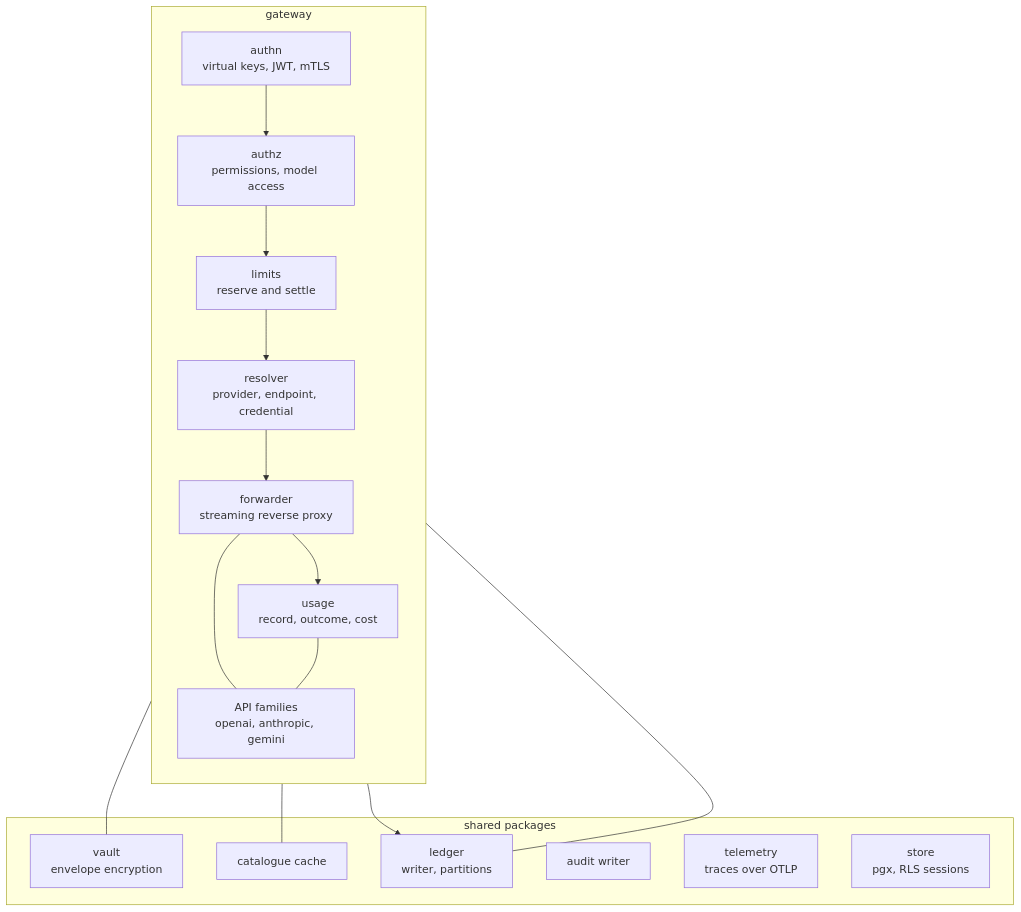
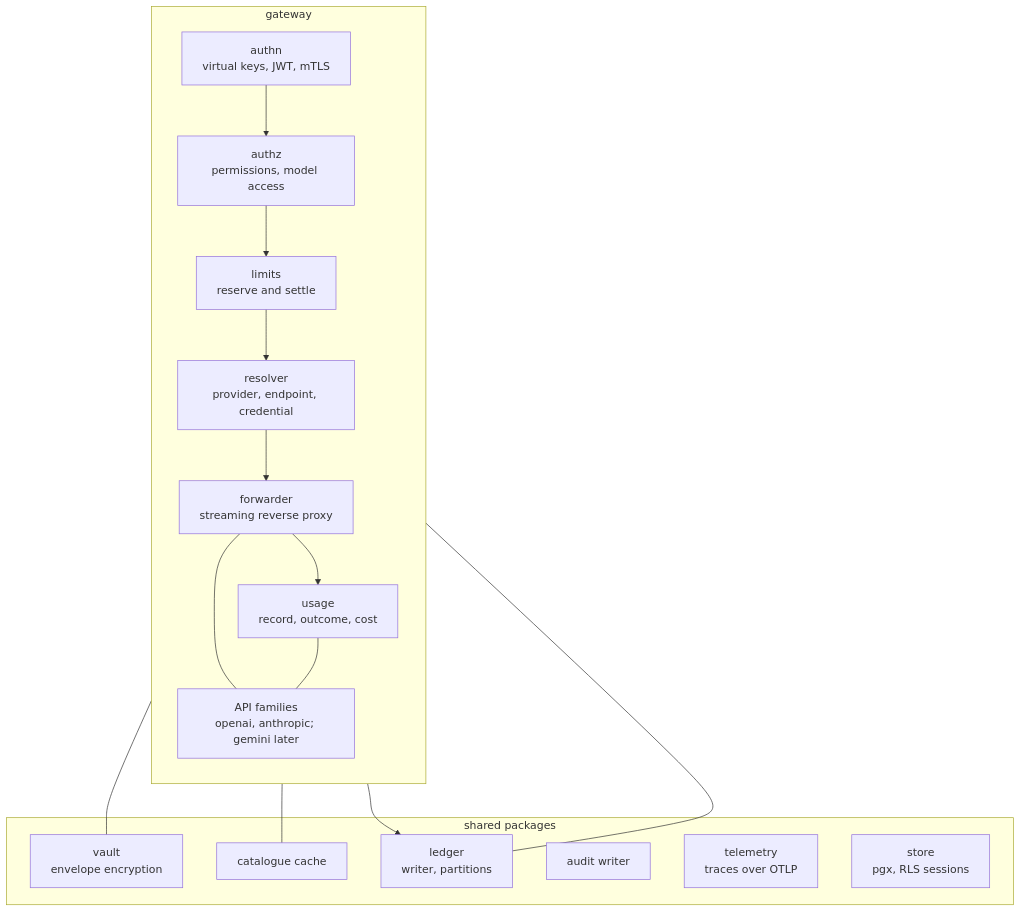
The second of 5 diagrams in docs/architecture/overview.md (pandokos/pandokos), drawn with Mermaid before and after one commit. The commit also changed other lines of this file and 30 other files, not shown here.

````diff
--- a/docs/architecture/overview.md
+++ b/docs/architecture/overview.md
@@ -94,28 +94,28 @@
 ```mermaid
 flowchart TB
     subgraph gateway
         direction TB
         authn[authn<br/>virtual keys, JWT, mTLS]
         authz[authz<br/>permissions, model access]
         limits[limits<br/>reserve and settle]
         resolve[resolver<br/>provider, endpoint, credential]
         fwd[forwarder<br/>streaming reverse proxy]
-        families[API families<br/>openai, anthropic, gemini]
+        families[API families<br/>openai, anthropic; gemini later]
         meter[usage<br/>record, outcome, cost]
     end
     subgraph shared[shared packages]
         vault[vault<br/>envelope encryption]
         catalog[catalogue cache]
         ledger[ledger<br/>writer, partitions]
         audit[audit writer]
         telemetry[telemetry<br/>traces over OTLP]
         store[store<br/>pgx, RLS sessions]
     end
     authn --> authz --> limits --> resolve --> fwd --> meter
     fwd --- families
     meter --- families
     resolve --- vault
     resolve --- catalog
     meter --> ledger
     limits --- ledger
 ```
````
